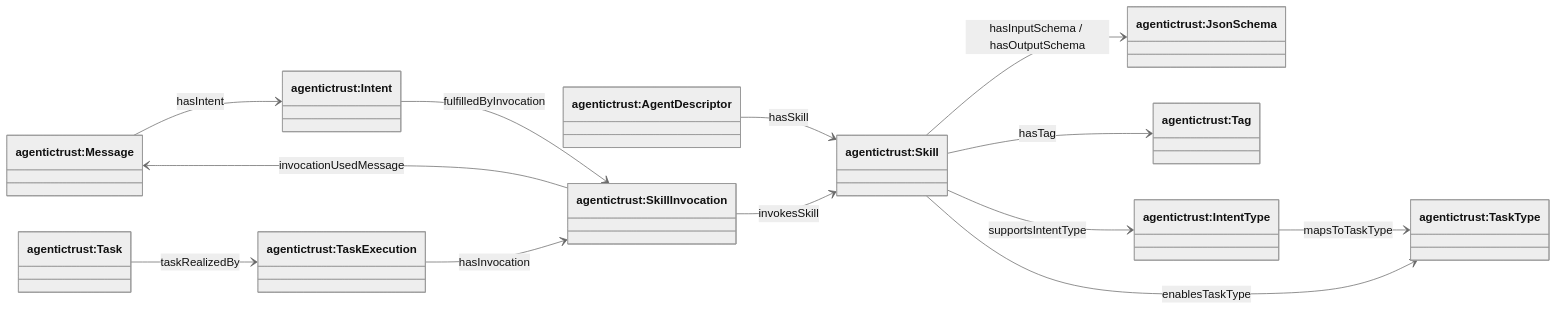
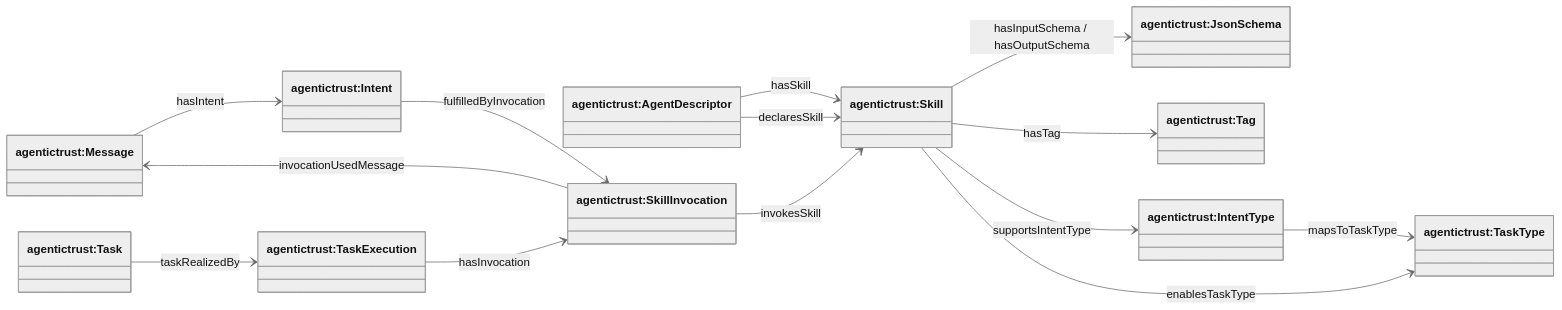
One commit to Agentic-Trust-Layer/agent-explorer changed the second of 2 diagrams in docs/ontology/skills-intents-tasks.md. Above: the diagram before and after it, drawn with Mermaid (neutral theme). The commit also changed other lines of this file and 29 other files, not shown here.

````diff
--- a/docs/ontology/skills-intents-tasks.md
+++ b/docs/ontology/skills-intents-tasks.md
@@ -48,31 +48,32 @@
 ```mermaid
 classDiagram
 direction LR
 
 class AgentDescriptor["agentictrust:AgentDescriptor"]
 class Skill["agentictrust:Skill"]
 class JsonSchema["agentictrust:JsonSchema"]
 class Tag["agentictrust:Tag"]
 class IntentType["agentictrust:IntentType"]
 class TaskType["agentictrust:TaskType"]
 
 class Message["agentictrust:Message"]
 class Intent["agentictrust:Intent"]
 class Task["agentictrust:Task"]
 class TaskExecution["agentictrust:TaskExecution"]
 class SkillInvocation["agentictrust:SkillInvocation"]
 
 AgentDescriptor --> Skill : hasSkill
+AgentDescriptor --> Skill : declaresSkill
 Skill --> JsonSchema : hasInputSchema / hasOutputSchema
 Skill --> Tag : hasTag
 Skill --> IntentType : supportsIntentType
 Skill --> TaskType : enablesTaskType
 IntentType --> TaskType : mapsToTaskType
 
 Message --> Intent : hasIntent
 Intent --> SkillInvocation : fulfilledByInvocation
 Task --> TaskExecution : taskRealizedBy
 TaskExecution --> SkillInvocation : hasInvocation
 SkillInvocation --> Skill : invokesSkill
 SkillInvocation --> Message : invocationUsedMessage
 ```
````
